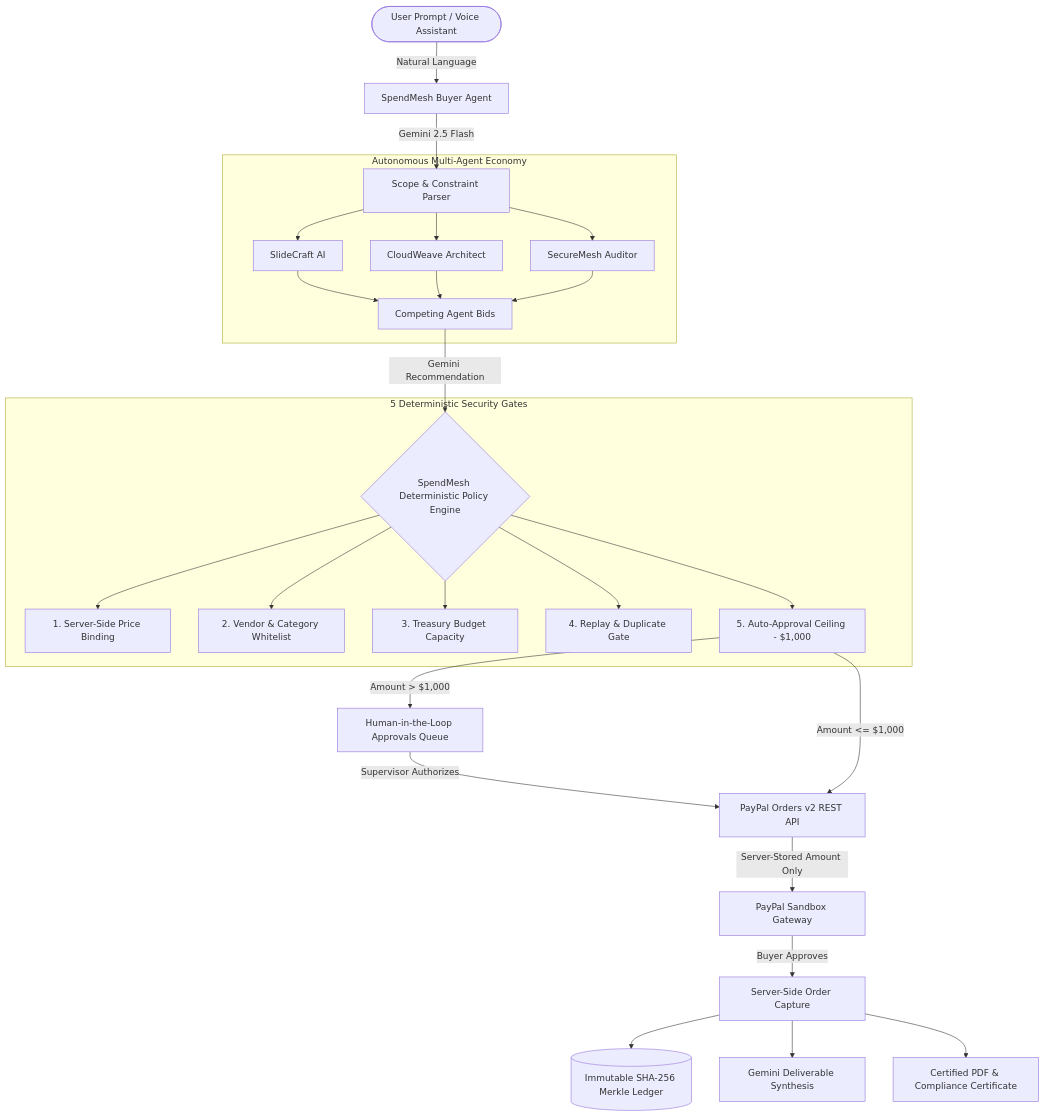
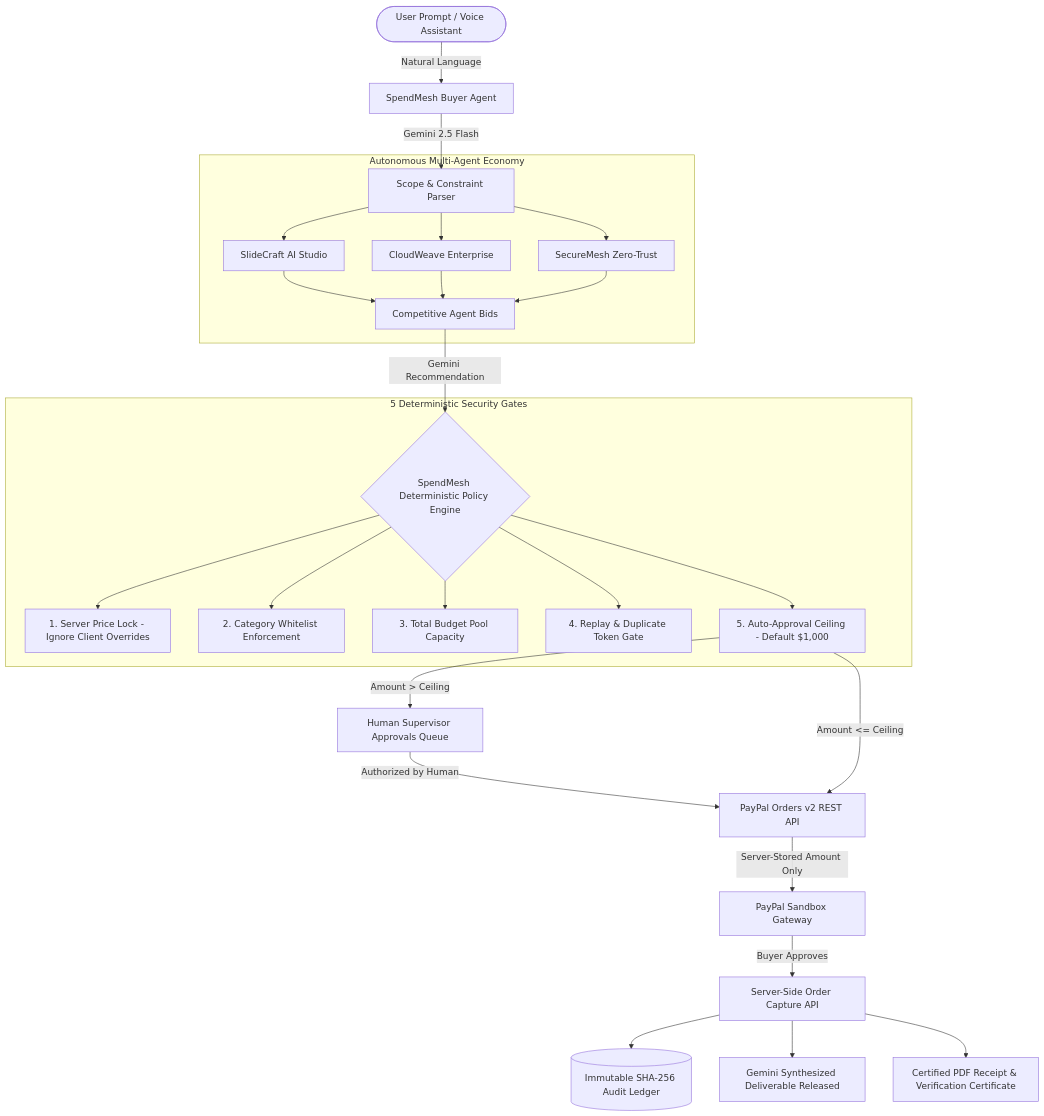
Before and after one commit to Vinayak1806/Pay-Pal-Hackathon: the diagram in README.md, drawn with Mermaid. The commit also changed other lines of this file and 22 other files, not shown here.

Commit message:
docs: overhaul README with architecture diagrams and add custom SpendMesh logo and favicon

````diff
--- a/README.md
+++ b/README.md
@@ -32,35 +53,35 @@
 ```mermaid
 flowchart TD
     User([User Prompt / Voice Assistant]) -->|Natural Language| BuyerAgent[SpendMesh Buyer Agent]
     BuyerAgent -->|Gemini 2.5 Flash| ScopeExtractor[Scope & Constraint Parser]
     
     subgraph MultiAgent [Autonomous Multi-Agent Economy]
-        ScopeExtractor --> Seller1[SlideCraft AI]
-        ScopeExtractor --> Seller2[CloudWeave Architect]
-        ScopeExtractor --> Seller3[SecureMesh Auditor]
-        Seller1 --> Bids[Competing Agent Bids]
+        ScopeExtractor --> Seller1[SlideCraft AI Studio]
+        ScopeExtractor --> Seller2[CloudWeave Enterprise]
+        ScopeExtractor --> Seller3[SecureMesh Zero-Trust]
+        Seller1 --> Bids[Competitive Agent Bids]
         Seller2 --> Bids
         Seller3 --> Bids
     end
     
     Bids -->|Gemini Recommendation| PolicyEngine{SpendMesh Deterministic Policy Engine}
     
     subgraph PolicyGates [5 Deterministic Security Gates]
-        PolicyEngine --> Gate1[1. Server-Side Price Binding]
-        PolicyEngine --> Gate2[2. Vendor & Category Whitelist]
-        PolicyEngine --> Gate3[3. Treasury Budget Capacity]
-        PolicyEngine --> Gate4[4. Replay & Duplicate Gate]
-        PolicyEngine --> Gate5[5. Auto-Approval Ceiling - $1,000]
+        PolicyEngine --> Gate1[1. Server Price Lock - Ignore Client Overrides]
+        PolicyEngine --> Gate2[2. Category Whitelist Enforcement]
+        PolicyEngine --> Gate3[3. Total Budget Pool Capacity]
+        PolicyEngine --> Gate4[4. Replay & Duplicate Token Gate]
+        PolicyEngine --> Gate5[5. Auto-Approval Ceiling - Default $1,000]
     end
     
-    Gate5 -->|Amount > $1,000| ApprovalsQueue[Human-in-the-Loop Approvals Queue]
-    ApprovalsQueue -->|Supervisor Authorizes| PayPalGate[PayPal Orders v2 REST API]
-    Gate5 -->|Amount <= $1,000| PayPalGate
+    Gate5 -->|Amount > Ceiling| ApprovalsQueue[Human Supervisor Approvals Queue]
+    ApprovalsQueue -->|Authorized by Human| PayPalGate[PayPal Orders v2 REST API]
+    Gate5 -->|Amount <= Ceiling| PayPalGate
     
     PayPalGate -->|Server-Stored Amount Only| SandboxModal[PayPal Sandbox Gateway]
-    SandboxModal -->|Buyer Approves| CaptureAPI[Server-Side Order Capture]
+    SandboxModal -->|Buyer Approves| CaptureAPI[Server-Side Order Capture API]
     
-    CaptureAPI --> MerkleLedger[(Immutable SHA-256 Merkle Ledger)]
-    CaptureAPI --> DeliverableGen[Gemini Deliverable Synthesis]
-    CaptureAPI --> ReceiptExport[Certified PDF & Compliance Certificate]
+    CaptureAPI --> MerkleLedger[(Immutable SHA-256 Audit Ledger)]
+    CaptureAPI --> DeliverableGen[Gemini Synthesized Deliverable Released]
+    CaptureAPI --> ReceiptExport[Certified PDF Receipt & Verification Certificate]
 ```
````
